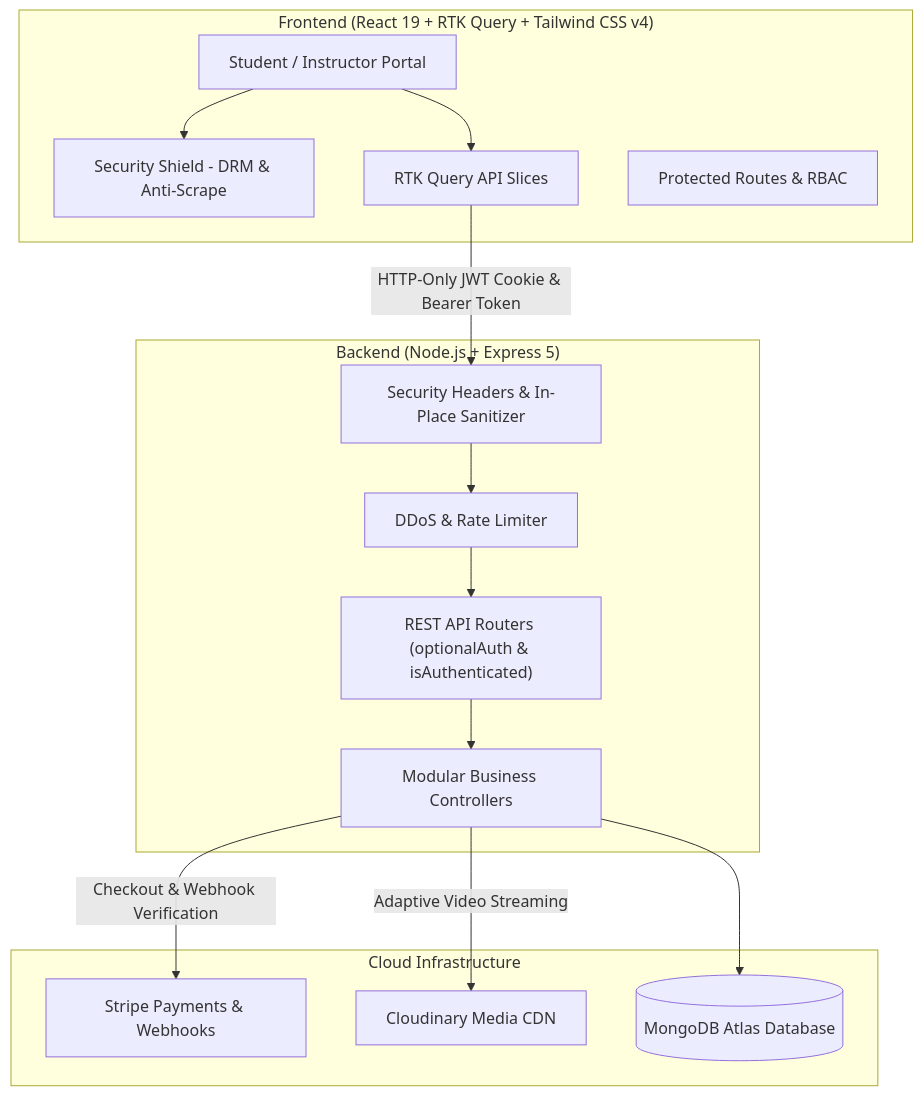
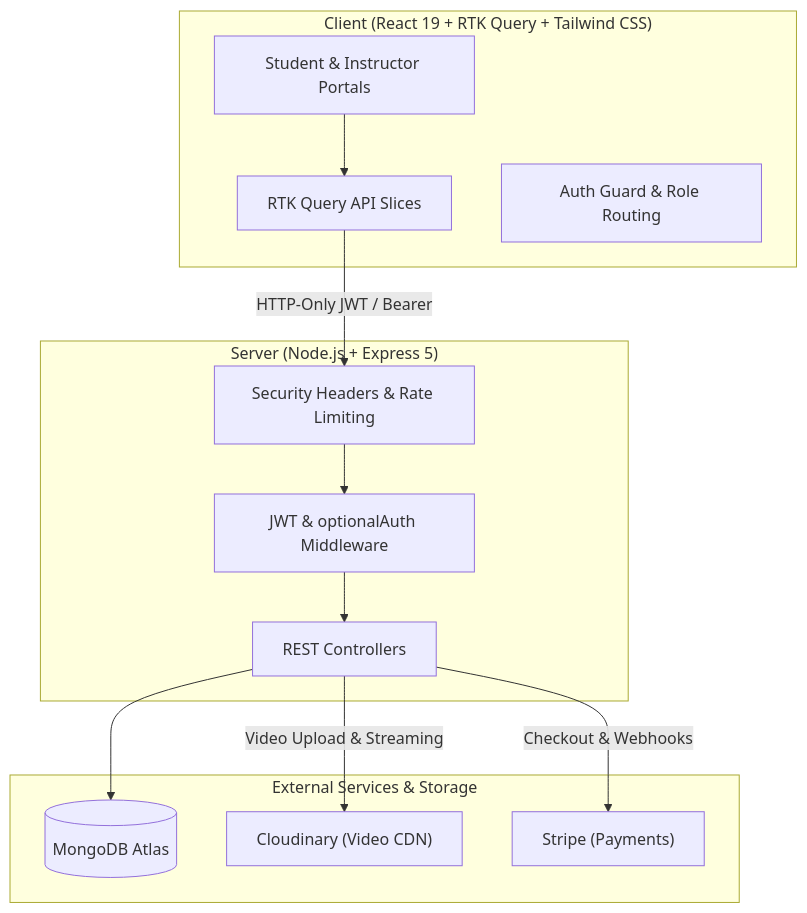
Before and after one commit to SandeepCodes31/SkillStack: the first of 3 diagrams in README.md, drawn with Mermaid. The commit also changed other lines of this file, not shown here.

Commit message:
docs: streamline README with clean architecture diagrams, tech stack, and verified test results

````diff
--- a/README.md
+++ b/README.md
@@ -245,32 +77,28 @@
 ```mermaid
 flowchart TD
-    subgraph Client ["Frontend (React 19 + RTK Query + Tailwind CSS v4)"]
-        UI["Student / Instructor Portal"]
-        Shield["Security Shield - DRM & Anti-Scrape"]
+    subgraph Client ["Client (React 19 + RTK Query + Tailwind CSS)"]
+        UI["Student & Instructor Portals"]
         RTK["RTK Query API Slices"]
-        AuthGuard["Protected Routes & RBAC"]
+        AuthContext["Auth Guard & Role Routing"]
     end
 
-    subgraph Server ["Backend (Node.js + Express 5)"]
-        SecMW["Security Headers & In-Place Sanitizer"]
-        Limiter["DDoS & Rate Limiter"]
-        Router["REST API Routers (optionalAuth & isAuthenticated)"]
-        Controllers["Modular Business Controllers"]
+    subgraph Server ["Server (Node.js + Express 5)"]
+        SecMW["Security Headers & Rate Limiting"]
+        AuthMW["JWT & optionalAuth Middleware"]
+        API["REST Controllers"]
     end
 
-    subgraph External ["Cloud Infrastructure"]
-        Stripe["Stripe Payments & Webhooks"]
-        Cloudinary["Cloudinary Media CDN"]
-        DB[("MongoDB Atlas Database")]
+    subgraph Services ["External Services & Storage"]
+        DB[("MongoDB Atlas")]
+        Cloudinary["Cloudinary (Video CDN)"]
+        Stripe["Stripe (Payments)"]
     end
 
-    UI --> Shield
     UI --> RTK
-    RTK -->|HTTP-Only JWT Cookie & Bearer Token| SecMW
-    SecMW --> Limiter
-    Limiter --> Router
-    Router --> Controllers
-    Controllers --> DB
-    Controllers -->|Adaptive Video Streaming| Cloudinary
-    Controllers -->|Checkout & Webhook Verification| Stripe
+    RTK -->|HTTP-Only JWT / Bearer| SecMW
+    SecMW --> AuthMW
+    AuthMW --> API
+    API --> DB
+    API -->|Video Upload & Streaming| Cloudinary
+    API -->|Checkout & Webhooks| Stripe
 ```
````
